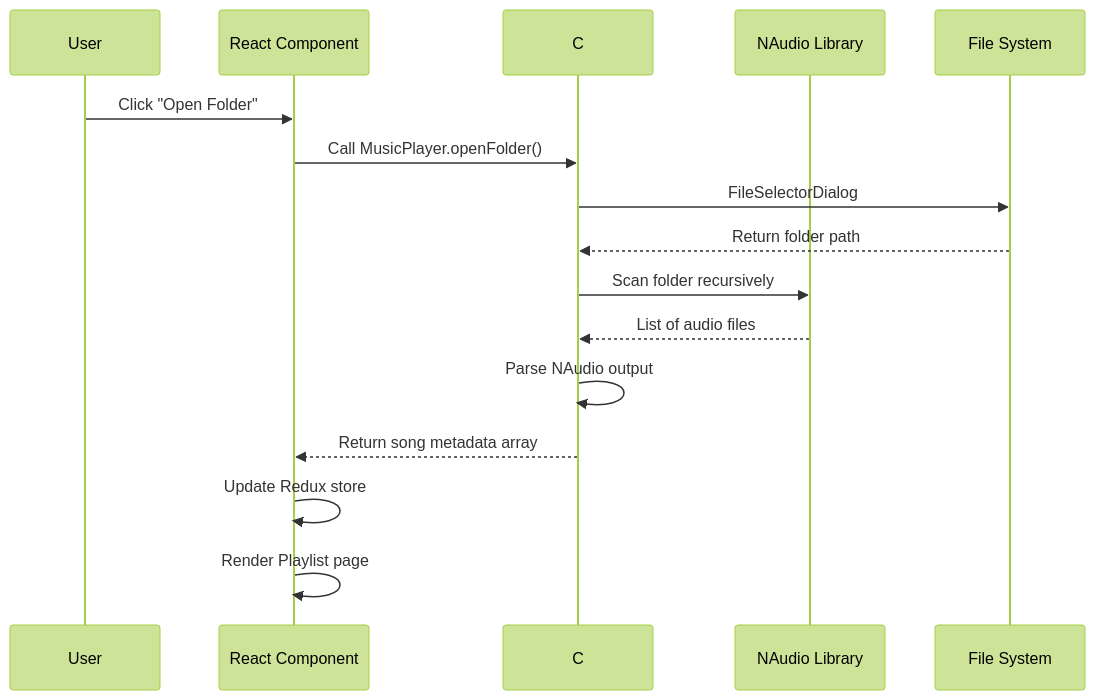
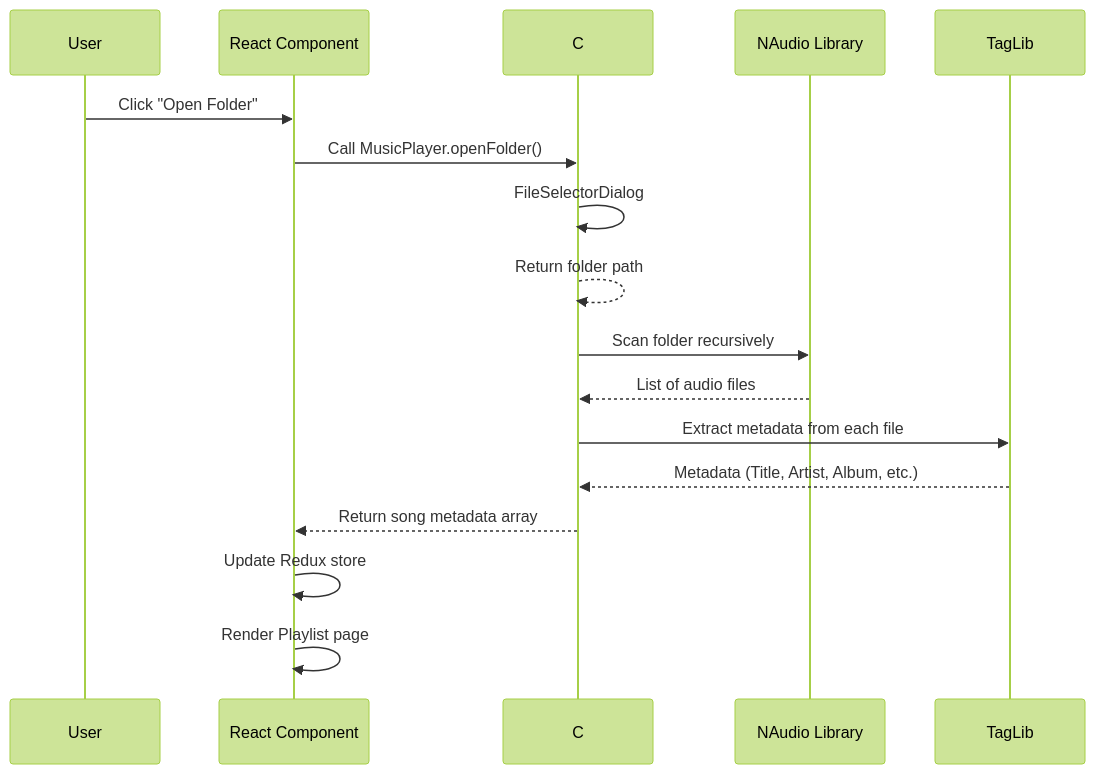
Before and after one commit to Dinand01/MusicPlayer: the fourth of 13 diagrams in docs/HOW-IT-WORKS.md, drawn with Mermaid (forest theme). The commit also changed other lines of this file and 30 other files, not shown here.

````diff
--- a/docs/HOW-IT-WORKS.md
+++ b/docs/HOW-IT-WORKS.md
@@ -100,19 +103,20 @@
 ```mermaid
 sequenceDiagram
     participant User as User
     participant React as React Component
     participant C# as C# Bridge
     participant NAudio as NAudio Library
-    participant FileSys as File System
+    participant TagLib as TagLib# 2.1.0
 
     User->>React: Click "Open Folder"
     React->>C#: Call MusicPlayer.openFolder()
-    C#->>FileSys: FileSelectorDialog
-    FileSys-->>C#: Return folder path
+    C#->>C#: FileSelectorDialog
+    C#-->>C#: Return folder path
     C#->>NAudio: Scan folder recursively
     NAudio-->>C#: List of audio files
-    C#->>C#: Parse NAudio output
+    C#->>TagLib: Extract metadata from each file
+    TagLib-->>C#: Metadata (Title, Artist, Album, etc.)
     C#-->>React: Return song metadata array
     React->>React: Update Redux store
     React->>React: Render Playlist page
 ```
````
